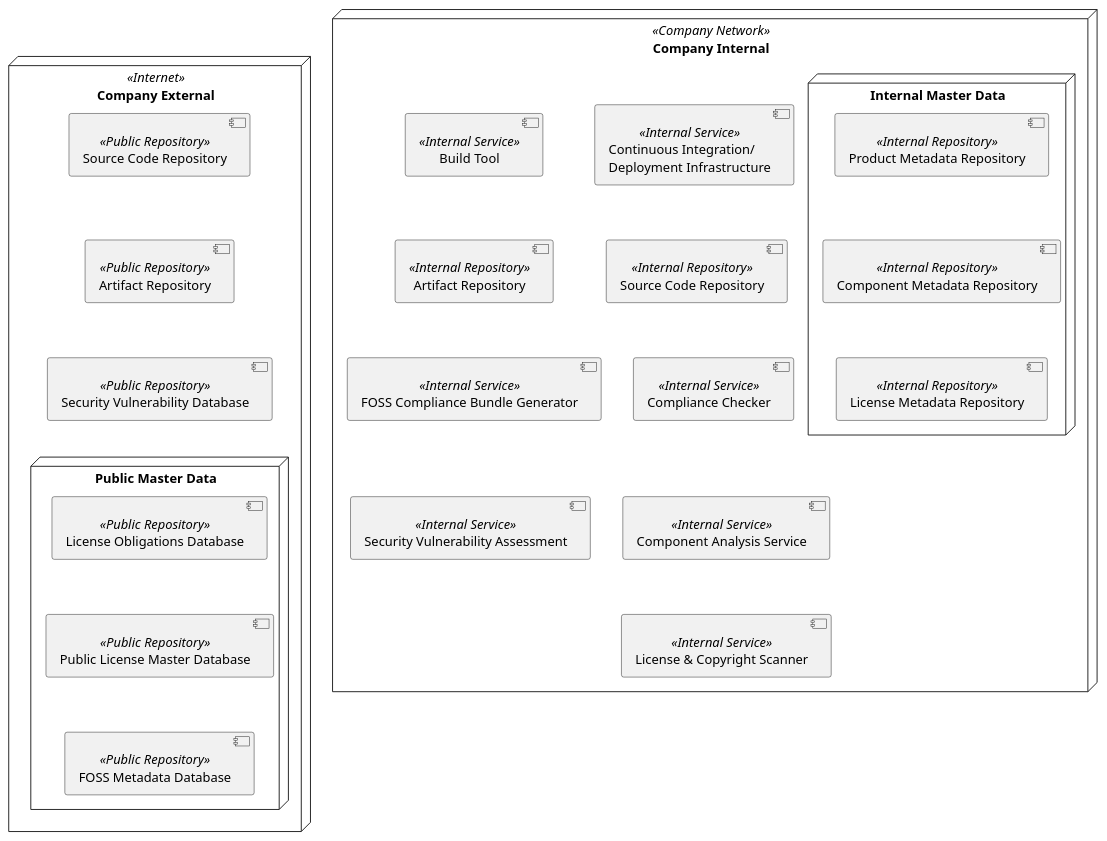
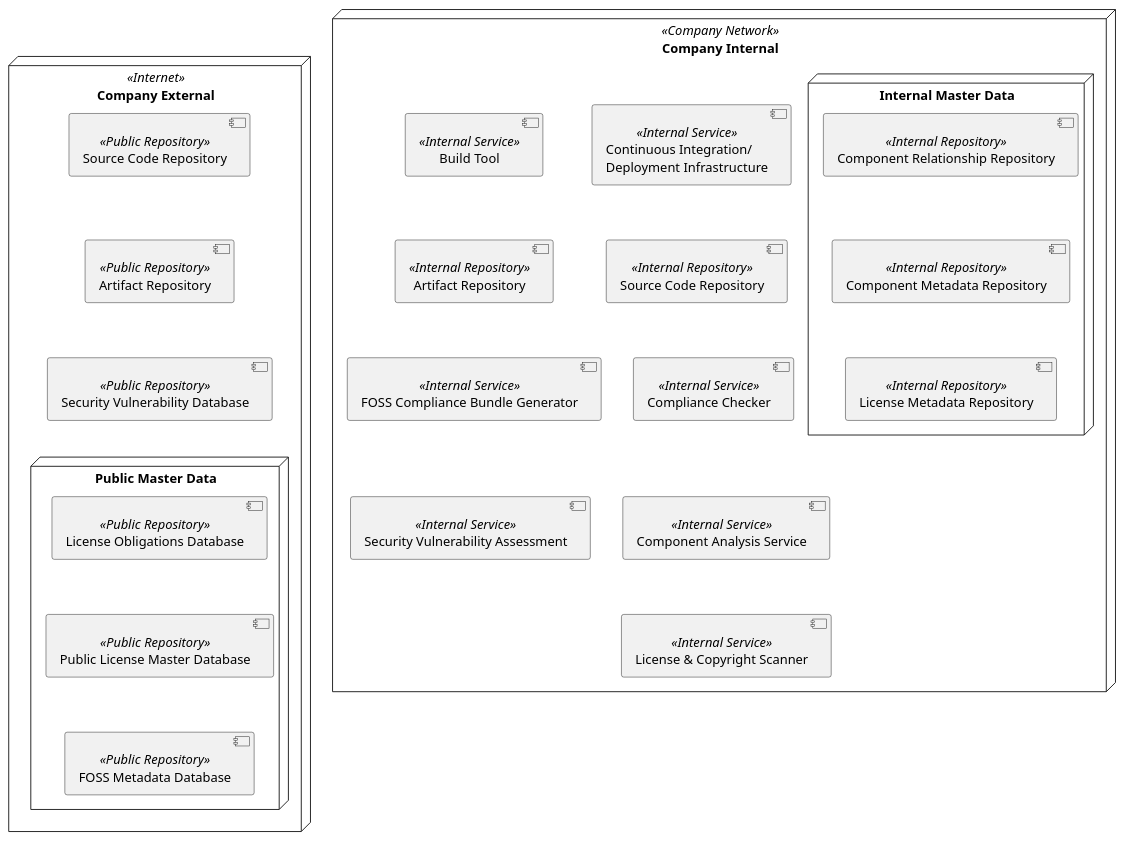
One commit to Open-Source-Compliance/Sharing-creates-value changed the diagram in Tooling-Landscape/Unanimous-Understanding/OSS_Tooling_Landscape_UMLComp.plantuml. Above: the diagram before and after it, drawn with PlantUML. The commit also changed 1 other file, not shown here.

```diff
--- a/Tooling-Landscape/Unanimous-Understanding/OSS_Tooling_Landscape_UMLComp.plantuml
+++ b/Tooling-Landscape/Unanimous-Understanding/OSS_Tooling_Landscape_UMLComp.plantuml
@@ -1,94 +1,94 @@
 @startuml
 
 '
 ' SPDX-License-Identifier: CC-BY-SA-4.0
 '
 ' Showing the tooling landscape as UML deployement diagram
 ' This is meant to be a big picture, not listing all details
 '
 
 '
 ' Elements: What is public in the Internet
 '
 
 skinparam componentStyle uml2
 
 node "Company External" <<Internet>> {
 
     component [Source Code Repository] as publicsource <<Public Repository>> 
 
     component [Artifact Repository] as publicartifacts <<Public Repository>>
 
     component [Security Vulnerability Database] as publicvulnerabilities <<Public Repository>> 
 
     node "Public Master Data" {
 
         component [License Obligations Database] as publicobligations <<Public Repository>> 
 
         component [Public License Master Database] as publiclicenses <<Public Repository>> 
 
         component [FOSS Metadata Database] as publicmetadata <<Public Repository>> 
 
     }
 
 }
 
 '
 ' Elements: What is inside organisation or comapny
 '
 
 node "Company Internal" <<Company Network>> {
 
     component [Continuous Integration/\nDeployment Infrastructure] as cicd <<Internal Service>>
 
     component [Build Tool] as buildsystem <<Internal Service>>
 
     component [Source Code Repository] as internalsource <<Internal Repository>> 
 
     component [Artifact Repository] as internalartifacts <<Internal Repository>> 
 
     component [Compliance Checker] as compliancechecker <<Internal Service>>
 
     component [FOSS Compliance Bundle Generator] as fossbundlegenerator <<Internal Service>>
 
     component [Component Analysis Service] as componentanalysis <<Internal Service>>
 
     component [License & Copyright Scanner] as licensescanner <<Internal Service>>
 
     component [Security Vulnerability Assessment] as securityassessment <<Internal Service>>
 
     node "Internal Master Data" {
 
-        component [Product Metadata Repository] as productinventory <<Internal Repository>>
+        component [Component Relationship Repository] as componentrelationships <<Internal Repository>>
 
-        component [Component Metadata Repository] as componentinventory <<Internal Repository>> 
+        component [Component Metadata Repository] as componentmetadata <<Internal Repository>> 
 
         component [License Metadata Repository] as licenses <<Internal Repository>> 
 
     }
 
 }
 
 ' 
 ' hidden relations to force layout ...
 ' 
 
 publicsource -[hidden]-> publicartifacts
 publicartifacts -[hidden]-> publicvulnerabilities
 publicvulnerabilities -[hidden]-> publicobligations
 
 publicobligations -[hidden]-> publiclicenses
 publiclicenses -[hidden]-> publicmetadata
 
 cicd -[hidden]-> internalsource
 buildsystem -[hidden]-> internalartifacts
 internalsource -[hidden]-> compliancechecker
 internalartifacts -[hidden]-> fossbundlegenerator
 compliancechecker -[hidden]-> componentanalysis
 fossbundlegenerator -[hidden]-> securityassessment
 componentanalysis -[hidden]-> licensescanner
 
-productinventory -[hidden]-> componentinventory
-componentinventory -[hidden]-> licenses
+componentrelationships -[hidden]-> componentmetadata
+componentmetadata -[hidden]-> licenses
 
 @enduml
```
